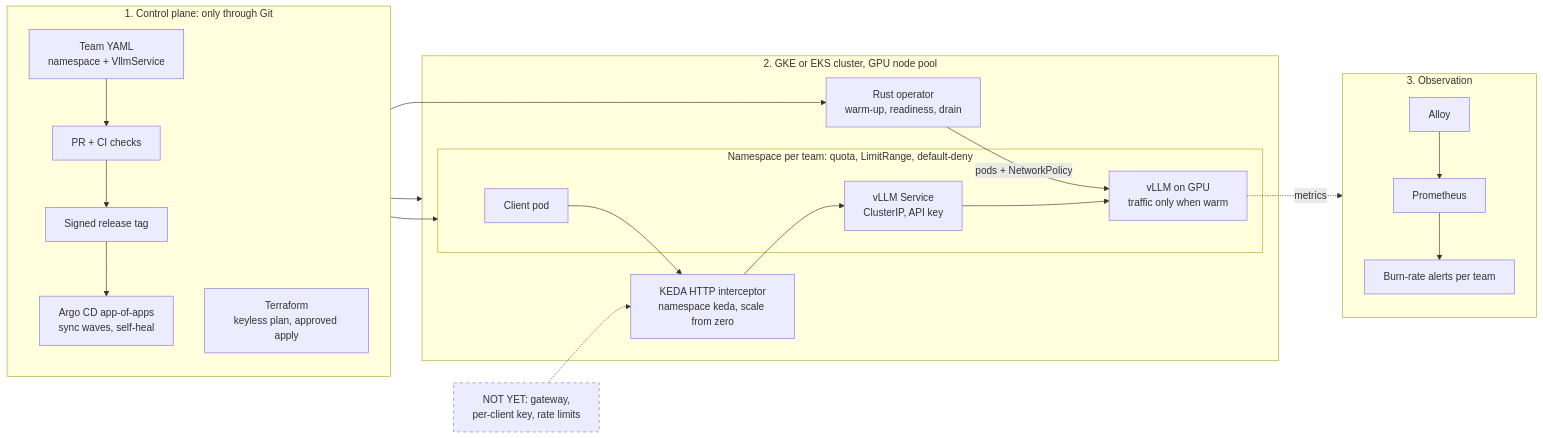
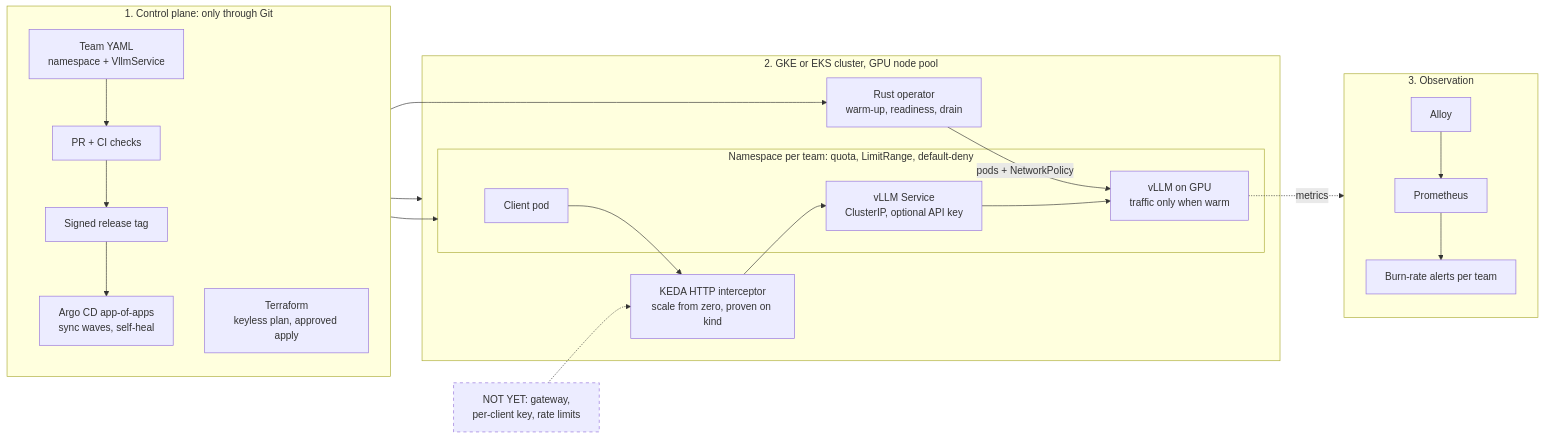
The diagram in conversations/2026-11-03-platform-engineer/platform.md (MicheleCampi/llm-inference-platform), drawn with Mermaid before and after one commit. The commit also changed other lines of this file, not shown here.

````diff
--- a/conversations/2026-11-03-platform-engineer/platform.md
+++ b/conversations/2026-11-03-platform-engineer/platform.md
@@ -47,30 +47,30 @@
 ```mermaid
 flowchart LR
   subgraph CP["1. Control plane: only through Git"]
     direction TB
     T["Team YAML<br/>namespace + VllmService"] --> PR["PR + CI checks"] --> TAG["Signed release tag"] --> ARGO["Argo CD app-of-apps<br/>sync waves, self-heal"]
     TF["Terraform<br/>keyless plan, approved apply"]
   end
   subgraph CL["2. GKE or EKS cluster, GPU node pool"]
     OP["Rust operator<br/>warm-up, readiness, drain"]
-    KEDA["KEDA HTTP interceptor<br/>namespace keda, scale from zero"]
+    KEDA["KEDA HTTP interceptor<br/>scale from zero, proven on kind"]
     subgraph NS["Namespace per team: quota, LimitRange, default-deny"]
       CLIENT["Client pod"]
-      SVC["vLLM Service<br/>ClusterIP, API key"]
+      SVC["vLLM Service<br/>ClusterIP, optional API key"]
       VLLM["vLLM on GPU<br/>traffic only when warm"]
     end
   end
   subgraph OBS["3. Observation"]
     direction TB
     ALLOY["Alloy"] --> PROM["Prometheus"] --> ALERT["Burn-rate alerts per team"]
   end
   GW["NOT YET: gateway,<br/>per-client key, rate limits"]:::gap
   CLIENT --> KEDA --> SVC --> VLLM
   TF --> CL
   ARGO --> OP
   ARGO --> NS
   OP -->|"pods + NetworkPolicy"| VLLM
   GW -.-> KEDA
   VLLM -.->|metrics| ALLOY
   classDef gap stroke-dasharray: 5 5
 ```
````
